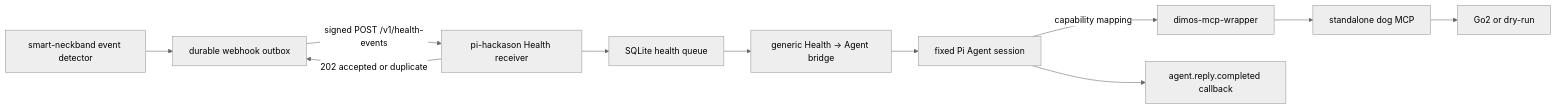
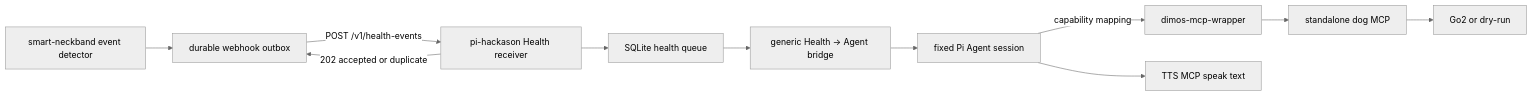
Before and after one commit to J9HSON/agent: the diagram in docs/health-event-agent-bridge-v0.3-integration.md, drawn with Mermaid (neutral theme). The commit also changed other lines of this file and 33 other files, not shown here.

First line of the commit message:
feat: remove reply webhook, add explicit TTS MCP tool

````diff
--- a/docs/health-event-agent-bridge-v0.3-integration.md
+++ b/docs/health-event-agent-bridge-v0.3-integration.md
@@ -78,13 +78,13 @@
 ```mermaid
 flowchart LR
     S["smart-neckband event detector"] --> O["durable webhook outbox"]
-    O -->|"signed POST /v1/health-events"| R["pi-hackason Health receiver"]
+    O -->|"POST /v1/health-events"| R["pi-hackason Health receiver"]
     R --> Q["SQLite health queue"]
     R -->|"202 accepted or duplicate"| O
     Q --> B["generic Health -> Agent bridge"]
     B --> A["fixed Pi Agent session"]
     A -->|"capability mapping"| M["dimos-mcp-wrapper"]
     M --> D["standalone dog MCP"]
     D --> G["Go2 or dry-run"]
-    A --> P["agent.reply.completed callback"]
+    A --> P["TTS MCP speak text"]
 ```
````
